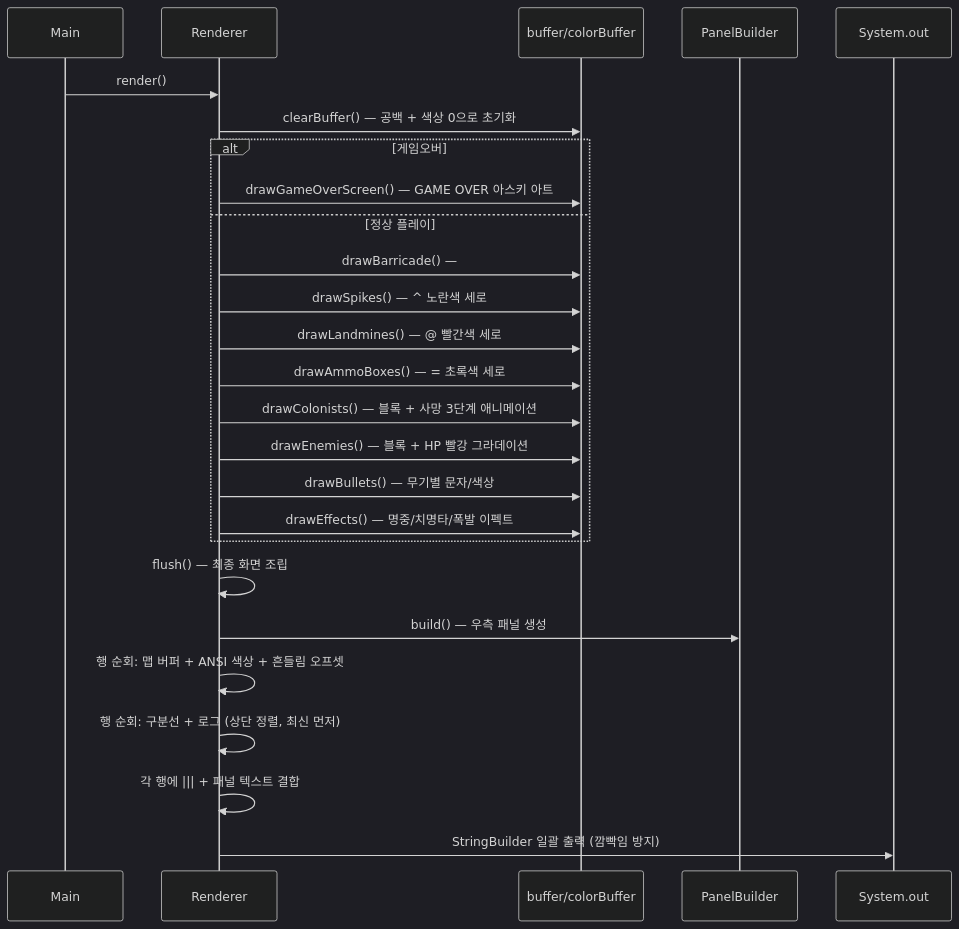
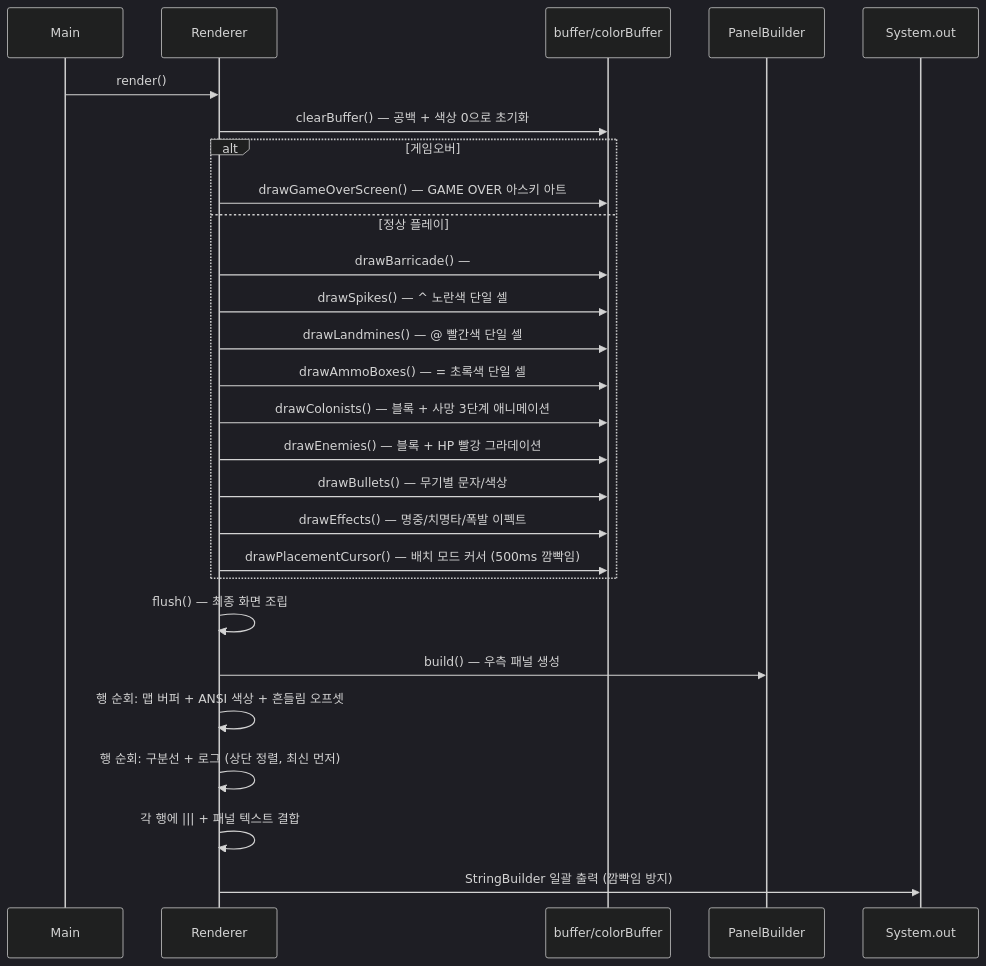
One commit to weweweme/teamnova_basic_class changed diagram 11 of 12 in week6/CLAUDE.md. Above: the diagram before and after it, drawn with Mermaid (dark theme). The commit also changed other lines of this file and 1 other file, not shown here.

````diff
--- a/week6/CLAUDE.md
+++ b/week6/CLAUDE.md
@@ -477,31 +479,32 @@
 ```mermaid
 sequenceDiagram
     participant Main
     participant R as Renderer
     participant Buf as buffer/colorBuffer
     participant PB as PanelBuilder
     participant Out as System.out
 
     Main->>R: render()
     R->>Buf: clearBuffer() — 공백 + 색상 0으로 초기화
 
     alt 게임오버
         R->>Buf: drawGameOverScreen() — GAME OVER 아스키 아트
     else 정상 플레이
         R->>Buf: drawBarricade() — ## 세로벽, 피격/수리 색상
-        R->>Buf: drawSpikes() — ^ 노란색 세로
-        R->>Buf: drawLandmines() — @ 빨간색 세로
-        R->>Buf: drawAmmoBoxes() — = 초록색 세로
+        R->>Buf: drawSpikes() — ^ 노란색 단일 셀
+        R->>Buf: drawLandmines() — @ 빨간색 단일 셀
+        R->>Buf: drawAmmoBoxes() — = 초록색 단일 셀
         R->>Buf: drawColonists() — 블록 + 사망 3단계 애니메이션
         R->>Buf: drawEnemies() — 블록 + HP 빨강 그라데이션
         R->>Buf: drawBullets() — 무기별 문자/색상
         R->>Buf: drawEffects() — 명중/치명타/폭발 이펙트
+        R->>Buf: drawPlacementCursor() — 배치 모드 커서 (500ms 깜빡임)
     end
 
     R->>R: flush() — 최종 화면 조립
     R->>PB: build() — 우측 패널 생성
     R->>R: 행 순회: 맵 버퍼 + ANSI 색상 + 흔들림 오프셋
     R->>R: 행 순회: 구분선 + 로그 (상단 정렬, 최신 먼저)
     R->>R: 각 행에 ||| + 패널 텍스트 결합
     R->>Out: StringBuilder 일괄 출력 (깜빡임 방지)
 ```
````
